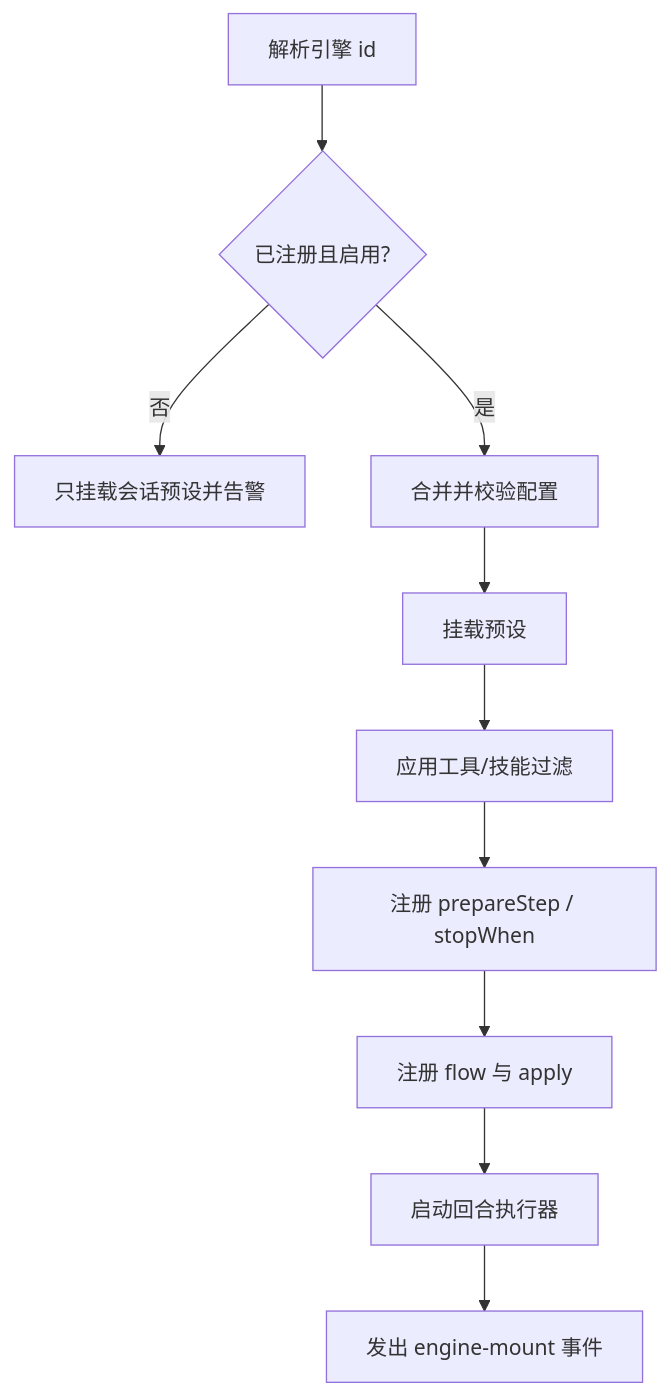
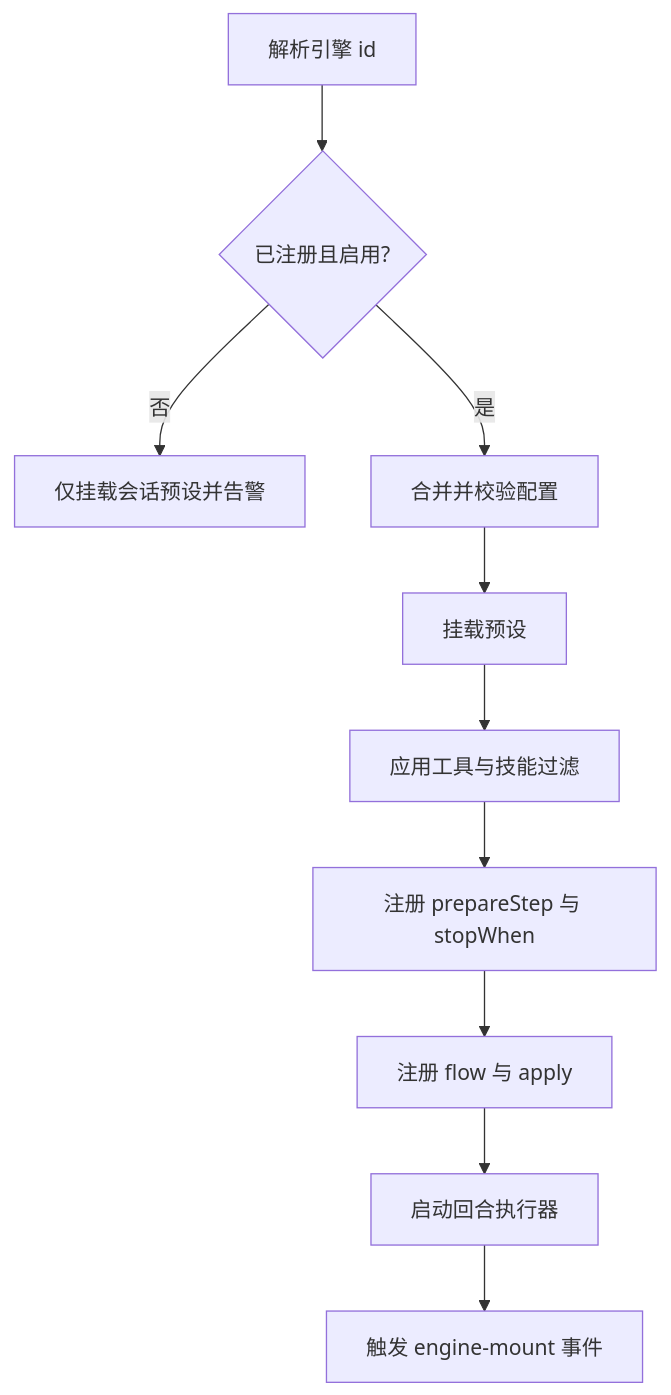
The diagram in docs/architecture/engine.md (ChatLunaLab/doc), drawn with Mermaid before and after one commit. The commit also changed other lines of this file and 12 other files, not shown here.

````diff
--- a/docs/architecture/engine.md
+++ b/docs/architecture/engine.md
@@ -70,12 +73,12 @@
 ```mermaid
 flowchart TD
     A[解析引擎 id] --> B{已注册且启用?}
-    B -- 否 --> C[只挂载会话预设并告警]
+    B -- 否 --> C[仅挂载会话预设并告警]
     B -- 是 --> D[合并并校验配置]
     D --> E[挂载预设]
-    E --> F[应用工具/技能过滤]
-    F --> G[注册 prepareStep / stopWhen]
+    E --> F[应用工具与技能过滤]
+    F --> G[注册 prepareStep 与 stopWhen]
     G --> H[注册 flow 与 apply]
     H --> I[启动回合执行器]
-    I --> J[发出 engine-mount 事件]
+    I --> J[触发 engine-mount 事件]
 ```
````
